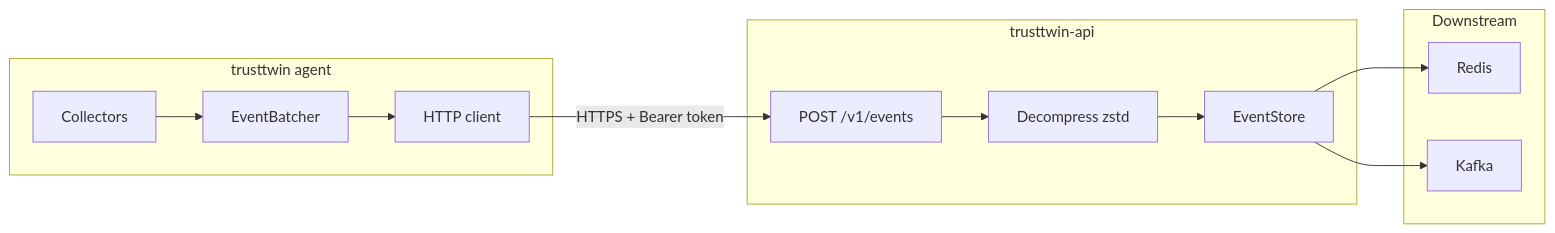
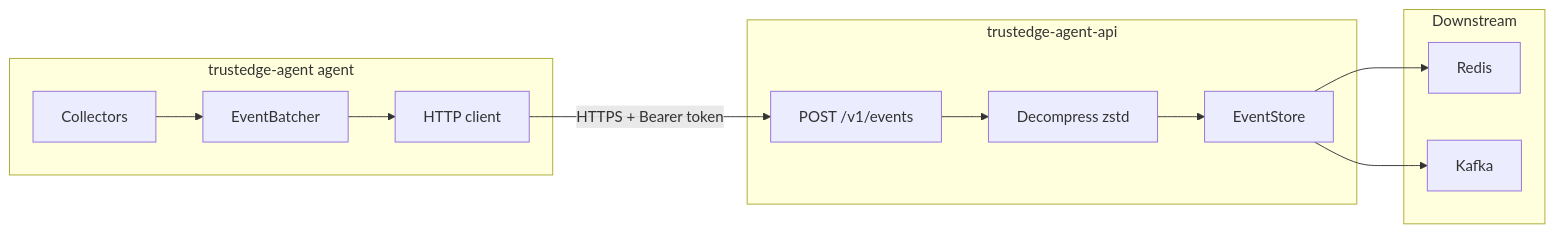
Before and after one commit to TrustEdgeOrg/TrustEdge-Agent: the first of 3 diagrams in docs/architecture.md, drawn with Mermaid. The commit also changed other lines of this file and 24 other files, not shown here.

````diff
--- a/docs/architecture.md
+++ b/docs/architecture.md
@@ -14,26 +14,26 @@
 ```mermaid
 flowchart LR
-    subgraph agent [trusttwin agent]
+    subgraph agent [trustedge-agent agent]
         C[Collectors]
         B[EventBatcher]
         H[HTTP client]
         C --> B
         B --> H
     end
 
-    subgraph api [trusttwin-api]
+    subgraph api [trustedge-agent-api]
         I[POST /v1/events]
         D[Decompress zstd]
         S[EventStore]
         I --> D --> S
     end
 
     subgraph downstream [Downstream]
         R[Redis]
         K[Kafka]
     end
 
     H -->|HTTPS + Bearer token| I
     S --> R
     S --> K
 ```
````
